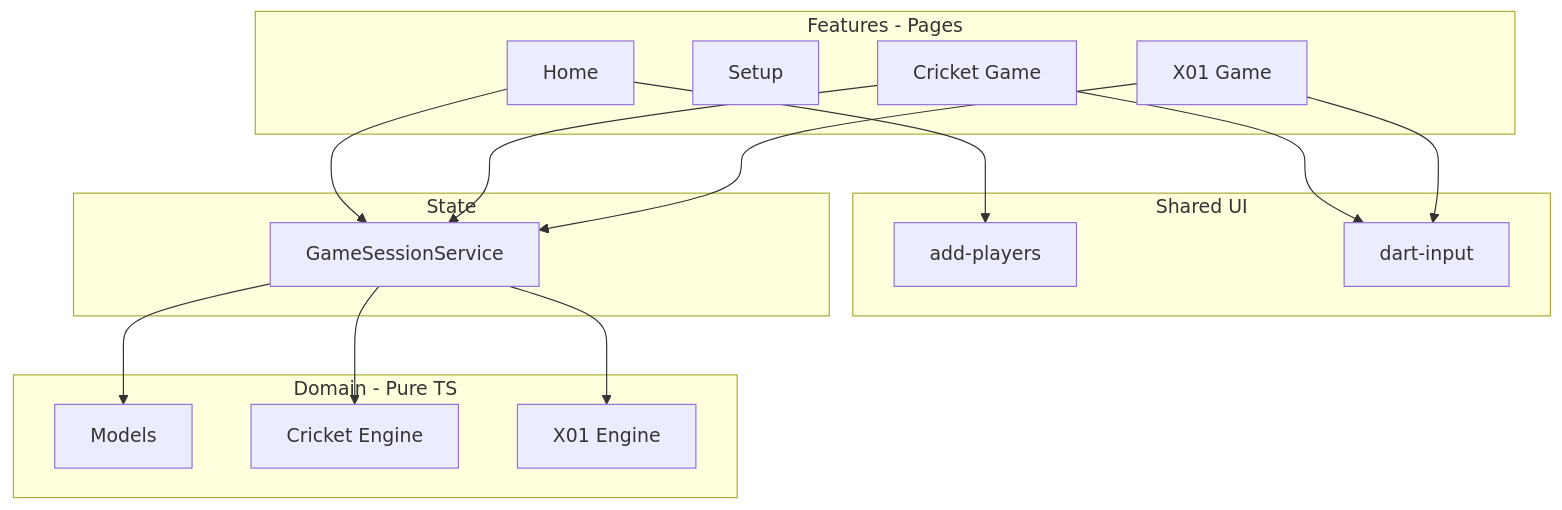
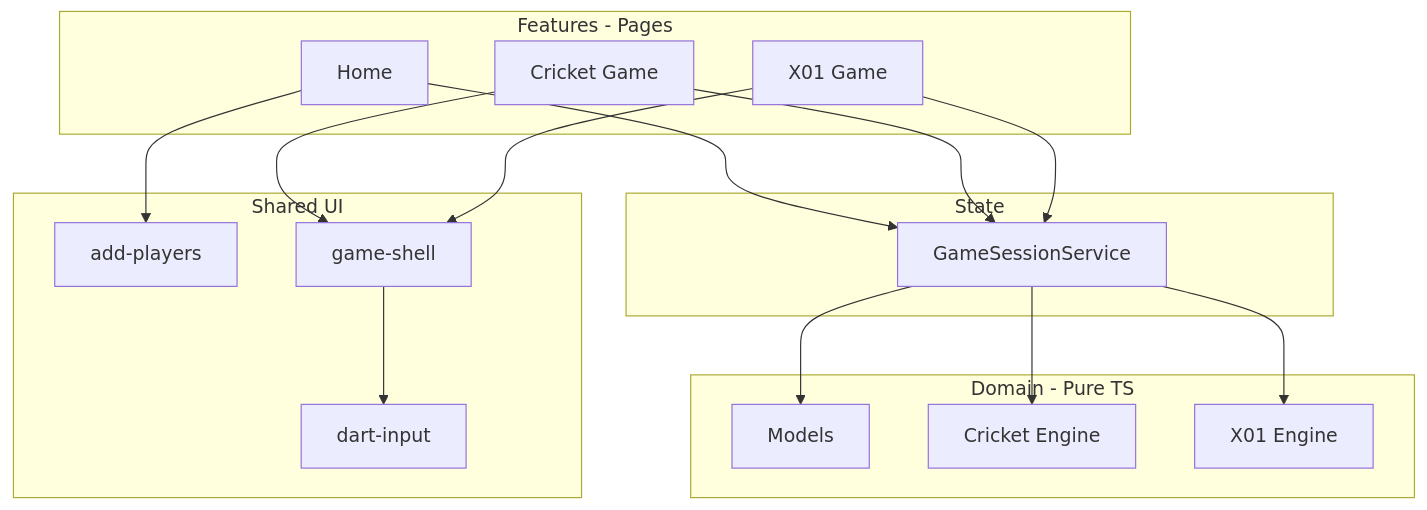
Before and after one commit to ognjen004028/ng-darts: the diagram in architecture.md, drawn with Mermaid. The commit also changed other lines of this file and 2 other files, not shown here.

````diff
--- a/architecture.md
+++ b/architecture.md
@@ -314,34 +319,35 @@
 ```mermaid
 flowchart TB
     subgraph features [Features - Pages]
         Home
-        Setup
         CricketUI[Cricket Game]
         X01UI[X01 Game]
     end
 
     subgraph shared [Shared UI]
         AddPlayers[add-players]
         DartInput[dart-input]
+        GameShell[game-shell]
     end
 
     subgraph state [State]
         Session[GameSessionService]
     end
 
     subgraph domain [Domain - Pure TS]
         Models[Models]
         CricketEngine[Cricket Engine]
         X01Engine[X01 Engine]
     end
 
     Home --> AddPlayers
     Home --> Session
     CricketUI --> Session
     X01UI --> Session
-    CricketUI --> DartInput
-    X01UI --> DartInput
+    CricketUI --> GameShell
+    X01UI --> GameShell
+    GameShell --> DartInput
     Session --> Models
     Session --> CricketEngine
     Session --> X01Engine
 ```
````
